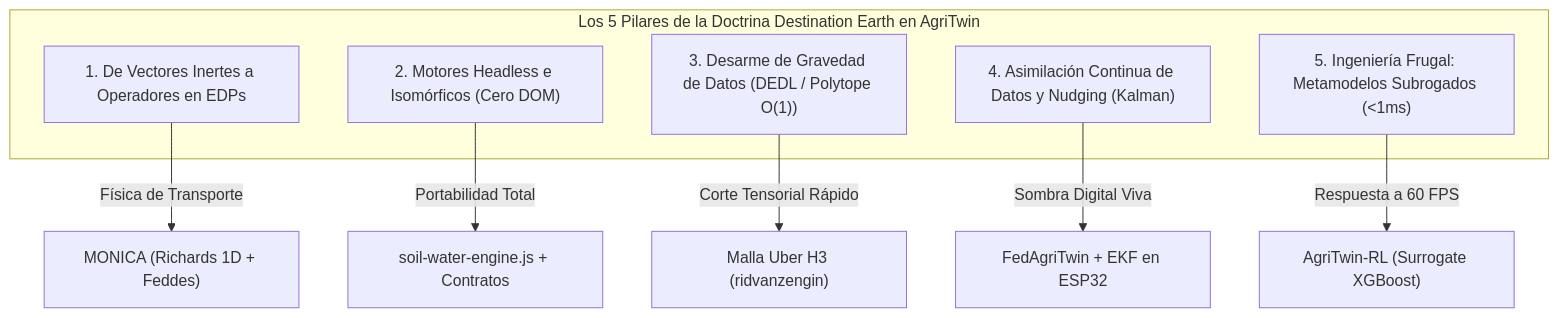
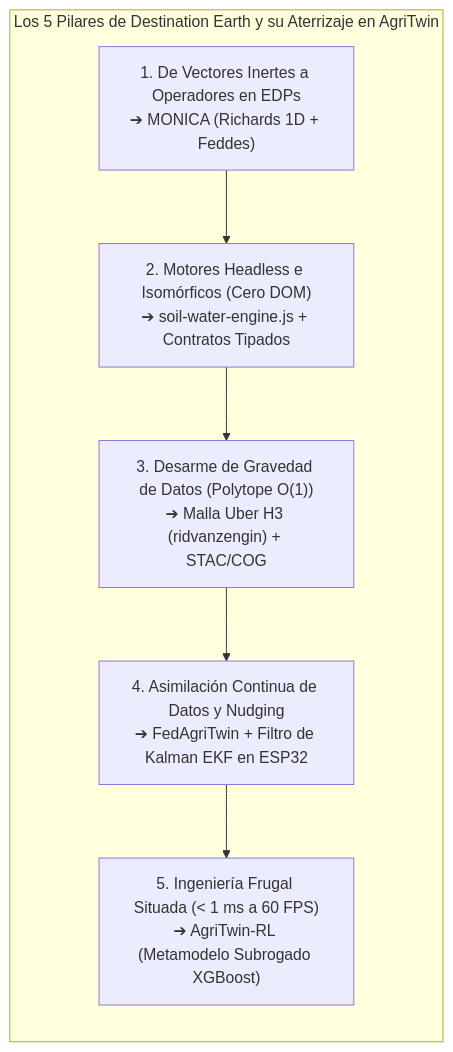
One commit to danisantanderurrutia-coder/agrotech changed the first of 15 diagrams in webAgrotech/public/docs/TRATADO_MIGRACION_ARQUITECTURA_AGRITWIN_V3.md. Above: the diagram before and after it, drawn with Mermaid. The commit also changed other lines of this file and 4 other files, not shown here.

First line of the commit message:
docs(vault): actualizar Tratado v3.2.0 (20 caps, 67 pags, esquemas verticales y diagramas C-N/Kalman/Multitemporal)

````diff
--- a/webAgrotech/public/docs/TRATADO_MIGRACION_ARQUITECTURA_AGRITWIN_V3.md
+++ b/webAgrotech/public/docs/TRATADO_MIGRACION_ARQUITECTURA_AGRITWIN_V3.md
@@ -198,16 +198,12 @@
 ```mermaid
 flowchart TD
-    subgraph PILARES ["Los 5 Pilares de la Doctrina Destination Earth en AgriTwin"]
-        P1["1. De Vectores Inertes a Operadores en EDPs"]
-        P2["2. Motores Headless e Isomórficos (Cero DOM)"]
-        P3["3. Desarme de Gravedad de Datos (DEDL / Polytope O(1))"]
-        P4["4. Asimilación Continua de Datos y Nudging (Kalman)"]
-        P5["5. Ingeniería Frugal: Metamodelos Subrogados (<1ms)"]
+    subgraph PILARES ["Los 5 Pilares de Destination Earth y su Aterrizaje en AgriTwin"]
+        direction TB
+        P1["1. De Vectores Inertes a Operadores en EDPs<br/>➔ MONICA (Richards 1D + Feddes)"]
+        P2["2. Motores Headless e Isomórficos (Cero DOM)<br/>➔ soil-water-engine.js + Contratos Tipados"]
+        P3["3. Desarme de Gravedad de Datos (Polytope O(1))<br/>➔ Malla Uber H3 (ridvanzengin) + STAC/COG"]
+        P4["4. Asimilación Continua de Datos y Nudging<br/>➔ FedAgriTwin + Filtro de Kalman EKF en ESP32"]
+        P5["5. Ingeniería Frugal Situada (< 1 ms a 60 FPS)<br/>➔ AgriTwin-RL (Metamodelo Subrogado XGBoost)"]
+        P1 --> P2 --> P3 --> P4 --> P5
     end
-
-    P1 -->|"Física de Transporte"| M["MONICA (Richards 1D + Feddes)"]
-    P2 -->|"Portabilidad Total"| H["soil-water-engine.js + Contratos"]
-    P3 -->|"Corte Tensorial Rápido"| H3["Malla Uber H3 (ridvanzengin)"]
-    P4 -->|"Sombra Digital Viva"| K["FedAgriTwin + EKF en ESP32"]
-    P5 -->|"Respuesta a 60 FPS"| S["AgriTwin-RL (Surrogate XGBoost)"]
 ```
````
